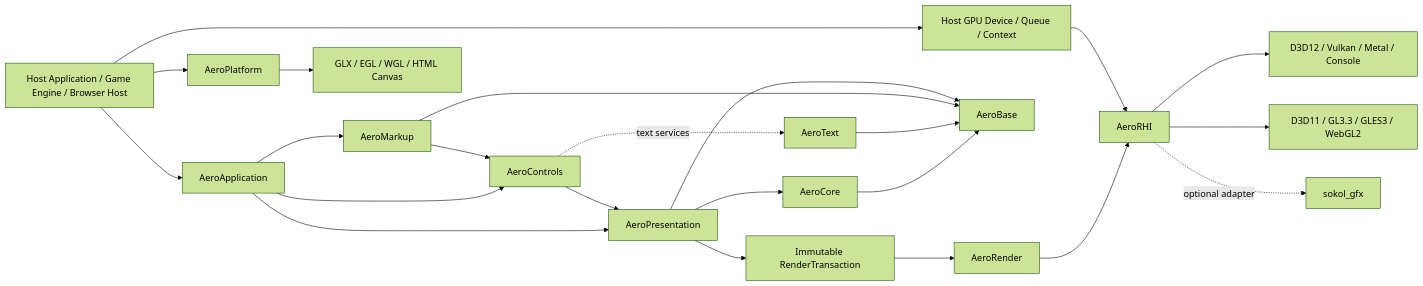
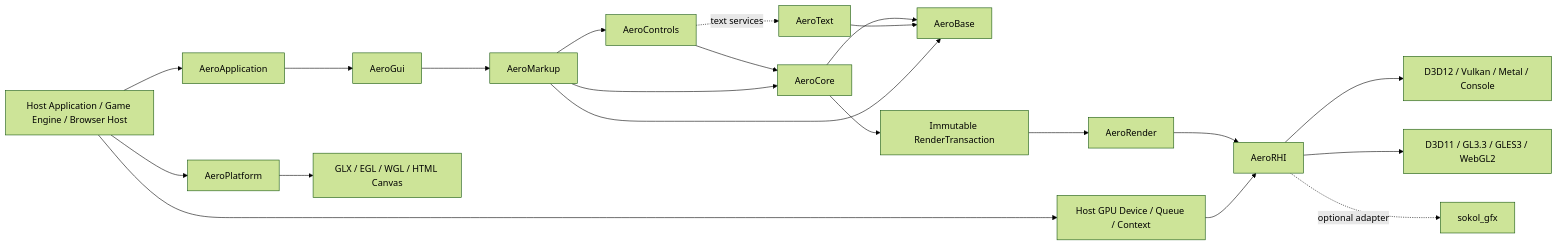
Before and after one commit to smithw2055-rgb/AeroGUI: the diagram in README.md, drawn with Mermaid (forest theme). The commit also changed other lines of this file and 255 other files, not shown here.

Commit message:
Apply AeroGUI presentation-layer removal patch

````diff
--- a/README.md
+++ b/README.md
@@ -116,31 +116,28 @@
 ```mermaid
 flowchart LR
     Host[Host Application / Game Engine / Browser Host] --> Platform[AeroPlatform]
     Host --> App[AeroApplication]
     Host --> Device[Host GPU Device / Queue / Context]
 
-    App --> Markup[AeroMarkup]
-    App --> Presentation[AeroPresentation]
-    App --> Controls[AeroControls]
-
-    Markup --> Controls
-    Controls --> Presentation
-    Presentation --> Core[AeroCore]
+    App --> Gui[AeroGui]
+    Gui --> Markup[AeroMarkup]
+    Markup --> Controls[AeroControls]
+    Controls --> Core[AeroCore]
+    Markup --> Core
     Controls -. text services .-> Text[AeroText]
 
     Core --> Base[AeroBase]
     Text --> Base
     Markup --> Base
-    Presentation --> Base
 
-    Presentation --> Tx[Immutable RenderTransaction]
+    Core --> Tx[Immutable RenderTransaction]
     Tx --> Render[AeroRender]
     Render --> RHI[AeroRHI]
     Device --> RHI
 
     RHI --> Modern[D3D12 / Vulkan / Metal / Console]
     RHI --> Compat[D3D11 / GL3.3 / GLES3 / WebGL2]
     RHI -. optional adapter .-> Sokol[sokol_gfx]
 
     Platform --> Surface[GLX / EGL / WGL / HTML Canvas]
 ```
````
